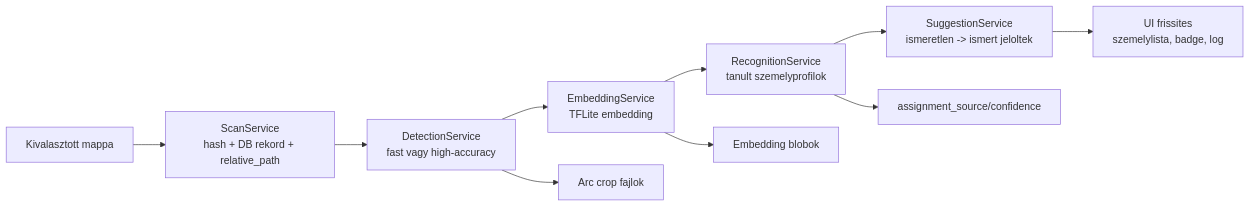
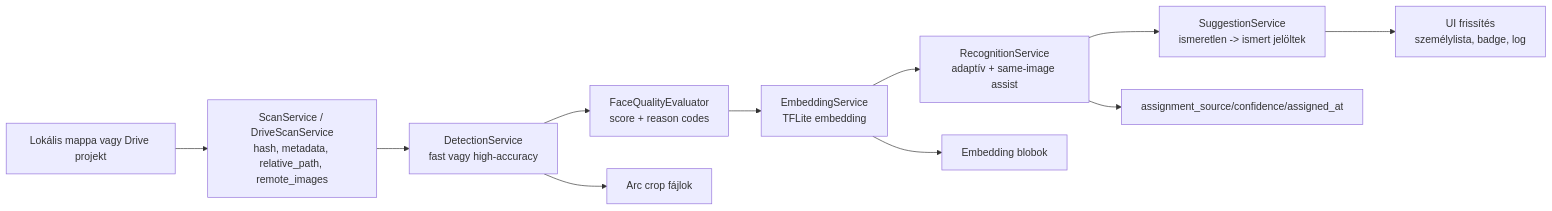
One commit to BenKoncsik/local_ai_face_recognizer changed the second of 4 diagrams in docs/blueprint.md. Above: the diagram before and after it, drawn with Mermaid. The commit also changed other lines of this file and 12 other files, not shown here.

````diff
--- a/docs/blueprint.md
+++ b/docs/blueprint.md
@@ -112,13 +141,14 @@
 ```mermaid
 flowchart LR
-    A["Kivalasztott mappa"] --> B["ScanService\nhash + DB rekord + relative_path"]
+    A["Lokális mappa vagy Drive projekt"] --> B["ScanService / DriveScanService\nhash, metadata, relative_path, remote_images"]
     B --> C["DetectionService\nfast vagy high-accuracy"]
-    C --> D["EmbeddingService\nTFLite embedding"]
-    D --> E["RecognitionService\ntanult szemelyprofilok"]
-    E --> F["SuggestionService\nismeretlen -> ismert jeloltek"]
-    F --> G["UI frissites\nszemelylista, badge, log"]
+    C --> Q["FaceQualityEvaluator\nscore + reason codes"]
+    Q --> D["EmbeddingService\nTFLite embedding"]
+    D --> E["RecognitionService\nadaptív + same-image assist"]
+    E --> F["SuggestionService\nismeretlen -> ismert jelöltek"]
+    F --> G["UI frissítés\nszemélylista, badge, log"]
 
-    C --> CROP["Arc crop fajlok"]
+    C --> CROP["Arc crop fájlok"]
     D --> EMBED["Embedding blobok"]
-    E --> ASSIGN["assignment_source/confidence"]
+    E --> ASSIGN["assignment_source/confidence/assigned_at"]
 ```
````
